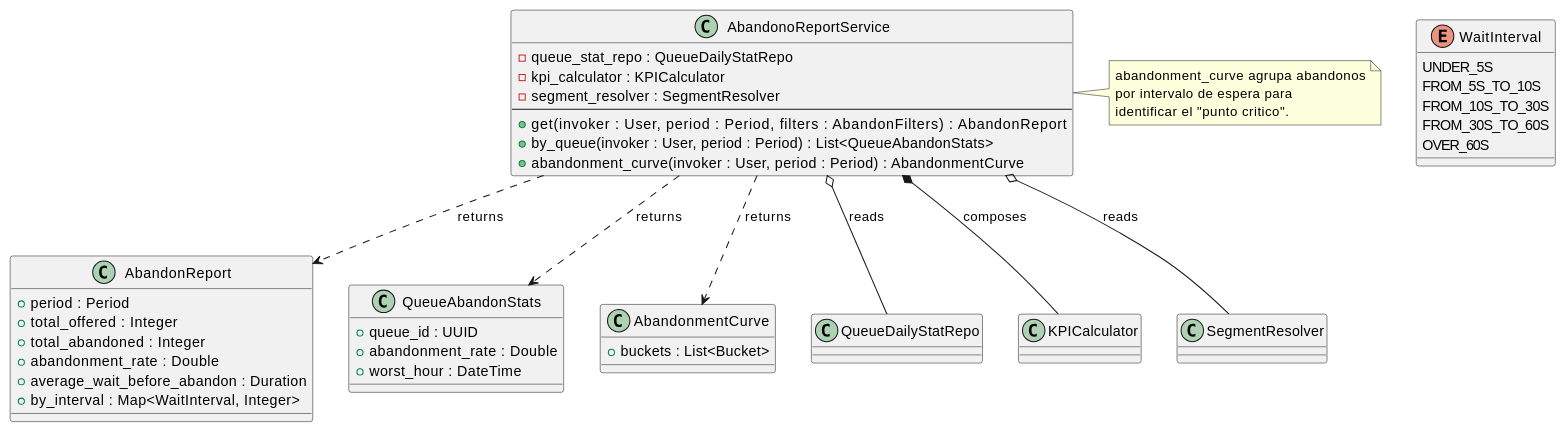
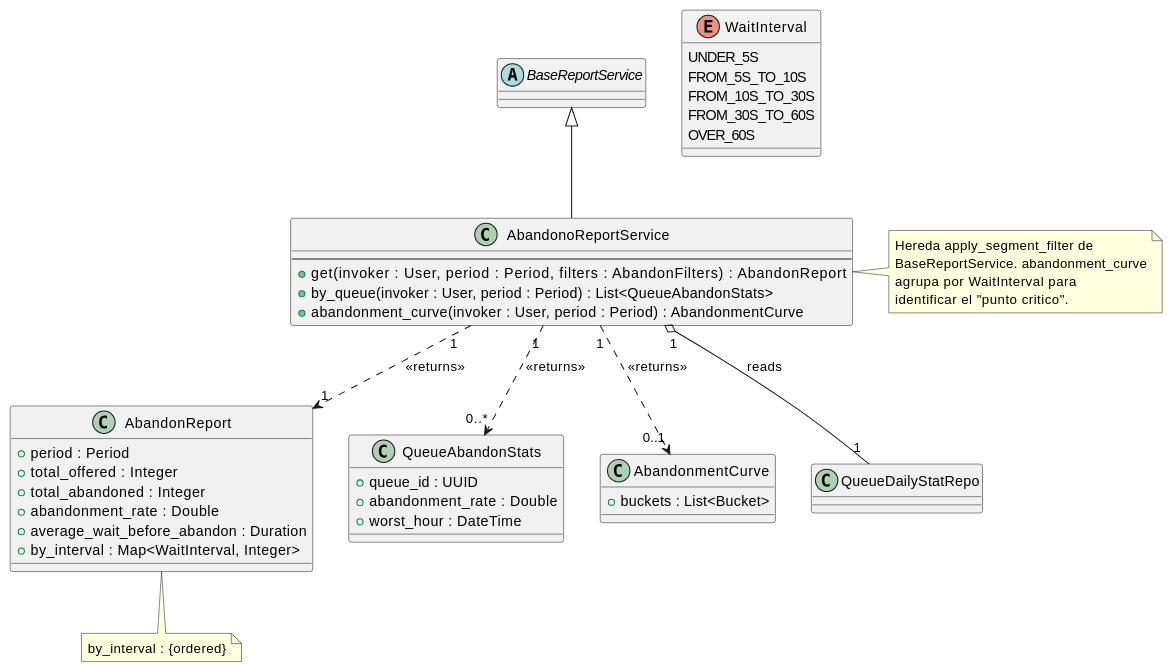
One commit to jcg-admin/IACT-docs changed the diagram in source/arquitectura-tecnica/domain-model/abandono-report-service.rst. Above: the diagram before and after it, drawn with PlantUML. The commit also changed 53 other files, not shown here.

First line of the commit message:
Apply UML rigor pass batch 1: RBAC core + Reports generalization

```diff
--- a/source/arquitectura-tecnica/domain-model/abandono-report-service.rst
+++ b/source/arquitectura-tecnica/domain-model/abandono-report-service.rst
@@ -29,62 +29,64 @@
 .. uml::
  :caption: Clase AbandonoReportService — reporte de
            llamadas abandonadas con KPIs especializados.
 
  @startuml
 
+ abstract class BaseReportService
+
  class AbandonoReportService {
-   - queue_stat_repo : QueueDailyStatRepo
-   - kpi_calculator : KPICalculator
-   - segment_resolver : SegmentResolver
    --
    + get(invoker : User, period : Period, \
          filters : AbandonFilters) : AbandonReport
    + by_queue(invoker : User, period : Period) : List<QueueAbandonStats>
    + abandonment_curve(invoker : User, period : Period) : AbandonmentCurve
  }
+
+ BaseReportService <|-- AbandonoReportService
 
  class AbandonReport {
    + period : Period
    + total_offered : Integer
    + total_abandoned : Integer
    + abandonment_rate : Double
    + average_wait_before_abandon : Duration
    + by_interval : Map<WaitInterval, Integer>
  }
 
  class QueueAbandonStats {
    + queue_id : UUID
    + abandonment_rate : Double
    + worst_hour : DateTime
  }
 
  class AbandonmentCurve {
    + buckets : List<Bucket>
  }
 
  enum WaitInterval {
    UNDER_5S
    FROM_5S_TO_10S
    FROM_10S_TO_30S
    FROM_30S_TO_60S
    OVER_60S
  }
 
  class QueueDailyStatRepo
- class KPICalculator
- class SegmentResolver
 
- AbandonoReportService o-- QueueDailyStatRepo : reads
- AbandonoReportService *-- KPICalculator : composes
- AbandonoReportService o-- SegmentResolver : reads
- AbandonoReportService ..> AbandonReport : returns
- AbandonoReportService ..> QueueAbandonStats : returns
- AbandonoReportService ..> AbandonmentCurve : returns
+ AbandonoReportService "1" o-- "1" QueueDailyStatRepo : reads
+ AbandonoReportService "1" ..> "1" AbandonReport : <<returns>>
+ AbandonoReportService "1" ..> "0..*" QueueAbandonStats : <<returns>>
+ AbandonoReportService "1" ..> "0..1" AbandonmentCurve : <<returns>>
+
+ note bottom of AbandonReport
+   by_interval : {ordered}
+ end note
 
  note right of AbandonoReportService
-   abandonment_curve agrupa abandonos
-   por intervalo de espera para
+   Hereda apply_segment_filter de
+   BaseReportService. abandonment_curve
+   agrupa por WaitInterval para
    identificar el "punto critico".
  end note
 
  @enduml
```
